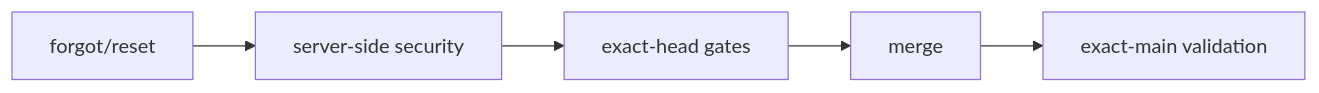
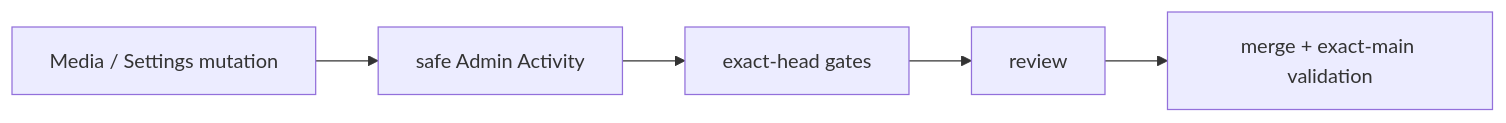
Before and after one commit to pl0n3r/brvtal: the diagram in README.md, drawn with Mermaid. The commit also changed other lines of this file and 10 other files, not shown here.

First line of the commit message:
fix(audit): cubrir Media y Settings en Admin Activity (v0.1.61) (#701)

````diff
--- a/README.md
+++ b/README.md
@@ -43,7 +43,7 @@
 ```mermaid
 flowchart LR
-  R["forgot/reset"] --> O["server-side security"]
-  O --> G["exact-head gates"]
-  G --> M["merge"]
-  M --> P["exact-main validation"]
+  M["Media / Settings mutation"] --> A["safe Admin Activity"]
+  A --> G["exact-head gates"]
+  G --> R["review"]
+  R --> P["merge + exact-main validation"]
 ```
````
